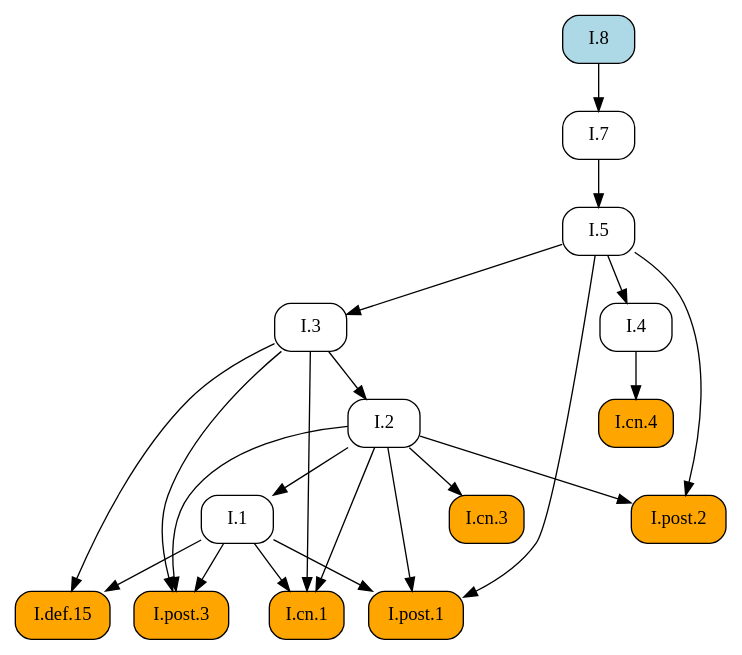
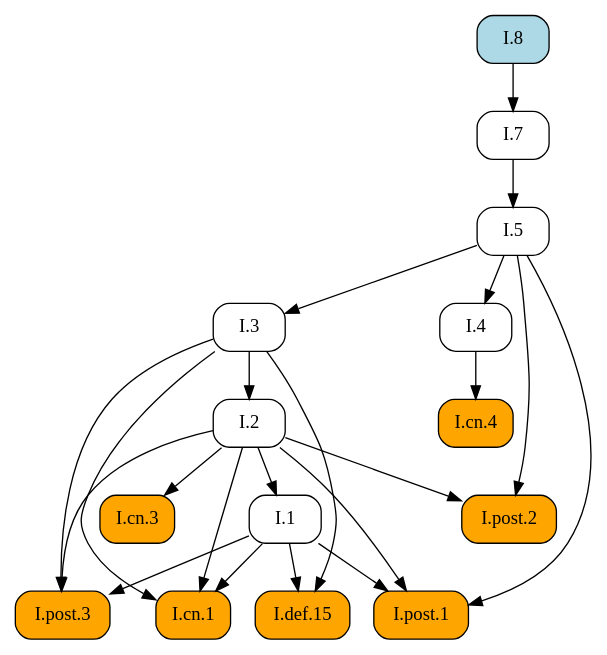
Before and after one commit to geometor/elements: the diagram in docsrc/heath/I/8/index.rst, drawn with Graphviz. The commit also changed other lines of this file and 1029 other files, not shown here.

```diff
--- a/docsrc/heath/I/8/index.rst
+++ b/docsrc/heath/I/8/index.rst
@@ -68,41 +68,41 @@
 .. graphviz::
 
    digraph {
      rankdir="TB";
      node [shape=box, style=rounded];
      "I.def.15" [style="rounded,filled", fillcolor=orange, URL="/heath/I/def.15/", target="_top"];
+     "I.post.3" [style="rounded,filled", fillcolor=orange, URL="/heath/I/post.3/", target="_top"];
      "I.1" [URL="/heath/I/1/", target="_top"];
+     "I.7" [URL="/heath/I/7/", target="_top"];
+     "I.cn.1" [style="rounded,filled", fillcolor=orange, URL="/heath/I/cn.1/", target="_top"];
+     "I.3" [URL="/heath/I/3/", target="_top"];
+     "I.cn.3" [style="rounded,filled", fillcolor=orange, URL="/heath/I/cn.3/", target="_top"];
+     "I.8" [style="rounded,filled", fillcolor=lightblue, URL="/heath/I/8/", target="_top"];
+     "I.2" [URL="/heath/I/2/", target="_top"];
+     "I.4" [URL="/heath/I/4/", target="_top"];
+     "I.cn.4" [style="rounded,filled", fillcolor=orange, URL="/heath/I/cn.4/", target="_top"];
+     "I.post.1" [style="rounded,filled", fillcolor=orange, URL="/heath/I/post.1/", target="_top"];
+     "I.post.2" [style="rounded,filled", fillcolor=orange, URL="/heath/I/post.2/", target="_top"];
      "I.5" [URL="/heath/I/5/", target="_top"];
-     "I.post.3" [style="rounded,filled", fillcolor=orange, URL="/heath/I/post.3/", target="_top"];
-     "I.post.1" [style="rounded,filled", fillcolor=orange, URL="/heath/I/post.1/", target="_top"];
-     "I.cn.3" [style="rounded,filled", fillcolor=orange, URL="/heath/I/cn.3/", target="_top"];
-     "I.7" [URL="/heath/I/7/", target="_top"];
-     "I.4" [URL="/heath/I/4/", target="_top"];
-     "I.3" [URL="/heath/I/3/", target="_top"];
-     "I.cn.4" [style="rounded,filled", fillcolor=orange, URL="/heath/I/cn.4/", target="_top"];
-     "I.8" [style="rounded,filled", fillcolor=lightblue, URL="/heath/I/8/", target="_top"];
-     "I.cn.1" [style="rounded,filled", fillcolor=orange, URL="/heath/I/cn.1/", target="_top"];
-     "I.post.2" [style="rounded,filled", fillcolor=orange, URL="/heath/I/post.2/", target="_top"];
-     "I.2" [URL="/heath/I/2/", target="_top"];
      "I.1" -> "I.def.15";
      "I.3" -> "I.def.15";
-     "I.2" -> "I.1";
-     "I.7" -> "I.5";
      "I.1" -> "I.post.3";
      "I.2" -> "I.post.3";
      "I.3" -> "I.post.3";
+     "I.2" -> "I.1";
+     "I.8" -> "I.7";
+     "I.1" -> "I.cn.1";
+     "I.2" -> "I.cn.1";
+     "I.3" -> "I.cn.1";
+     "I.5" -> "I.3";
+     "I.2" -> "I.cn.3";
+     "I.3" -> "I.2";
+     "I.5" -> "I.4";
+     "I.4" -> "I.cn.4";
      "I.1" -> "I.post.1";
      "I.2" -> "I.post.1";
      "I.5" -> "I.post.1";
-     "I.2" -> "I.cn.3";
-     "I.8" -> "I.7";
-     "I.5" -> "I.4";
-     "I.5" -> "I.3";
-     "I.4" -> "I.cn.4";
-     "I.1" -> "I.cn.1";
-     "I.2" -> "I.cn.1";
-     "I.3" -> "I.cn.1";
      "I.2" -> "I.post.2";
      "I.5" -> "I.post.2";
-     "I.3" -> "I.2";
+     "I.7" -> "I.5";
    }
```
